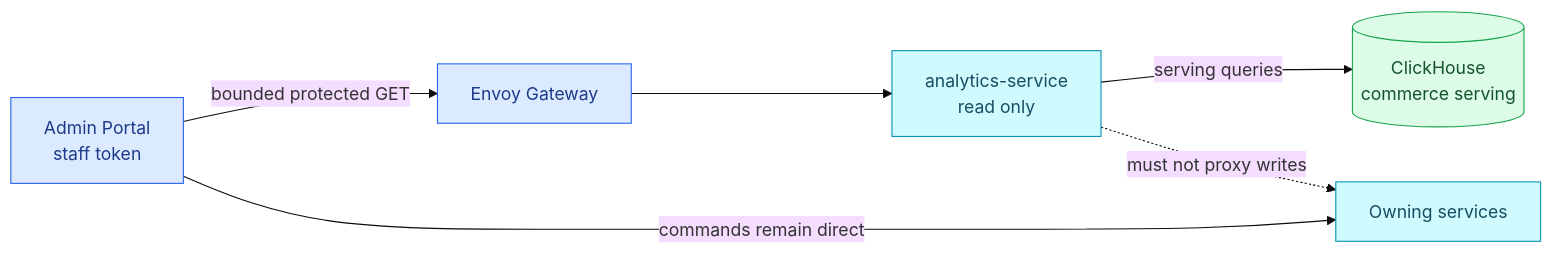
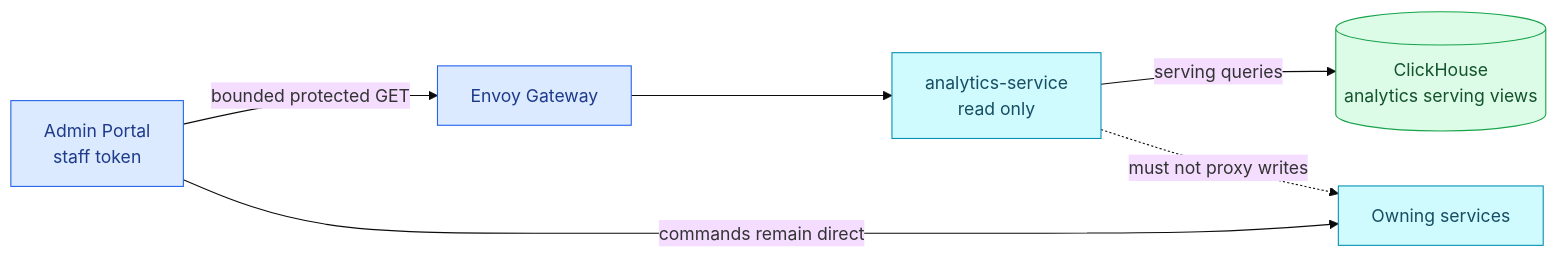
The diagram in docs/proposals/adr/ADR-069-serve-commerce-analytics-through-read-only-service/README.md (duynhlab/homelab), drawn with Mermaid (base theme) before and after one commit. The commit also changed other lines of this file and 27 other files, not shown here.

````diff
--- a/docs/proposals/adr/ADR-069-serve-commerce-analytics-through-read-only-service/README.md
+++ b/docs/proposals/adr/ADR-069-serve-commerce-analytics-through-read-only-service/README.md
@@ -100,15 +136,15 @@
 ```mermaid
 flowchart LR
     A["Admin Portal<br/>staff token"] -->|"bounded protected GET"| E["Envoy Gateway"]
     E --> S["analytics-service<br/>read only"]
-    S -->|"serving queries"| CH[("ClickHouse<br/>commerce serving")]
+    S -->|"serving queries"| CH[("ClickHouse<br/>analytics serving views")]
     A -->|"commands remain direct"| OWN["Owning services"]
     S -.->|"must not proxy writes"| OWN
 
     classDef edge fill:#dbeafe,color:#1e3a8a,stroke:#2563eb;
     classDef service fill:#cffafe,color:#164e63,stroke:#0891b2;
     classDef data fill:#dcfce7,color:#14532d,stroke:#16a34a;
     class A,E edge;
     class S,OWN service;
     class CH data;
 ```
````
